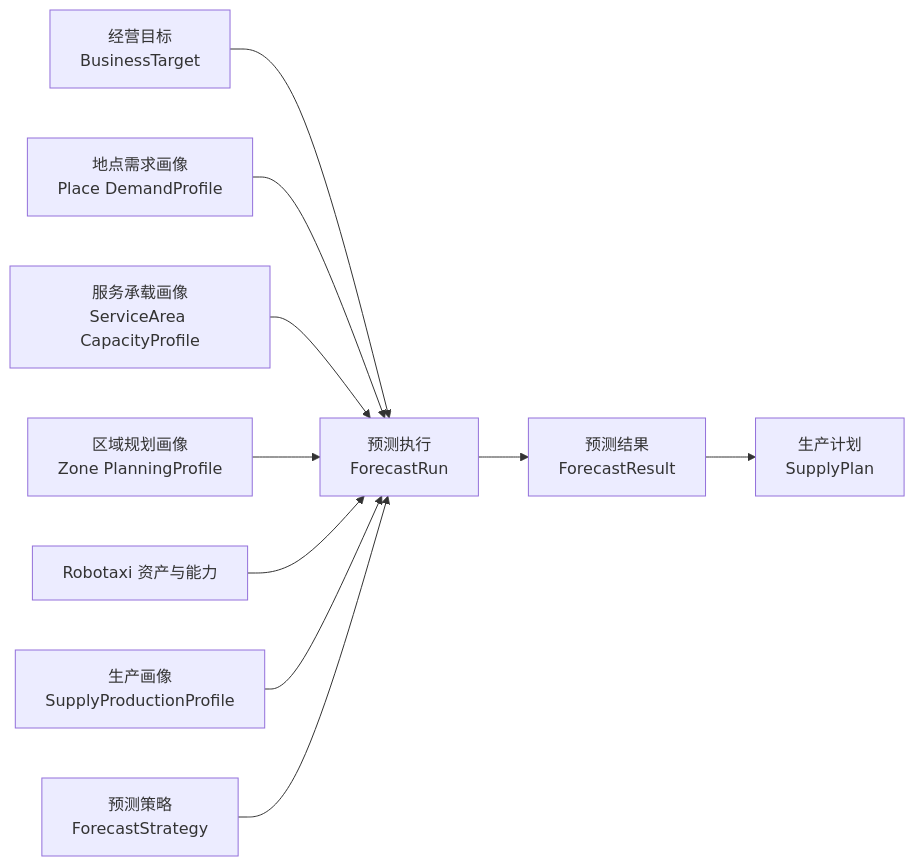
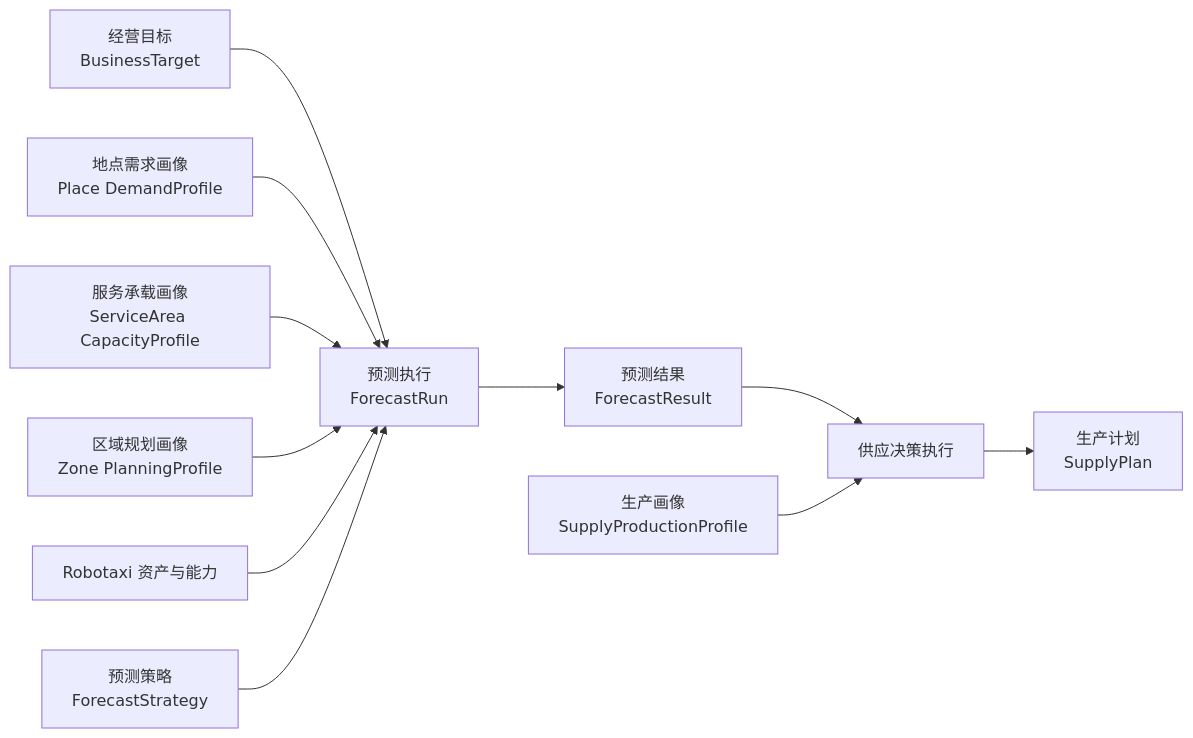
The first of 2 diagrams in doc/00-business-planning/04-long-term-demand-forecast-strategy.md (Chizheng4/robotaxi), drawn with Mermaid before and after one commit. The commit also changed other lines of this file and 35 other files, not shown here.

````diff
--- a/doc/00-business-planning/04-long-term-demand-forecast-strategy.md
+++ b/doc/00-business-planning/04-long-term-demand-forecast-strategy.md
@@ -17,12 +17,13 @@
 ```mermaid
 flowchart LR
   BT["经营目标<br/>BusinessTarget"] --> RUN["预测执行<br/>ForecastRun"]
   PDP["地点需求画像<br/>Place DemandProfile"] --> RUN
   SAP["服务承载画像<br/>ServiceArea CapacityProfile"] --> RUN
   ZP["区域规划画像<br/>Zone PlanningProfile"] --> RUN
   RP["Robotaxi 资产与能力"] --> RUN
-  PP["生产画像<br/>SupplyProductionProfile"] --> RUN
   ST["预测策略<br/>ForecastStrategy"] --> RUN
   RUN --> RESULT["预测结果<br/>ForecastResult"]
-  RESULT --> PLAN["生产计划<br/>SupplyPlan"]
+  RESULT --> DECISION["供应决策执行"]
+  PP["生产画像<br/>SupplyProductionProfile"] --> DECISION
+  DECISION --> PLAN["生产计划<br/>SupplyPlan"]
 ```
````
